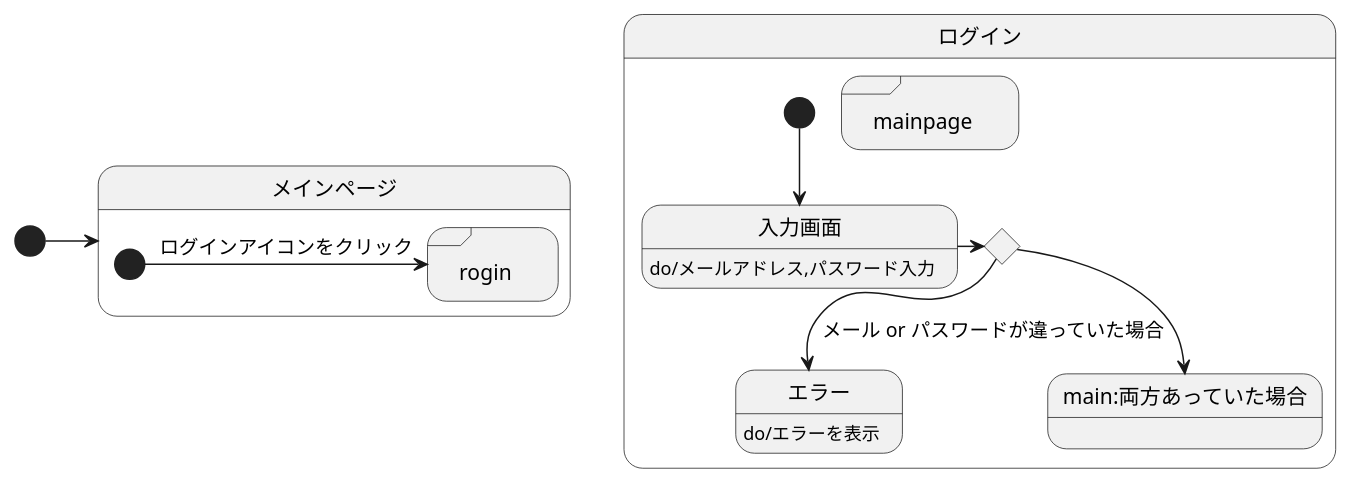
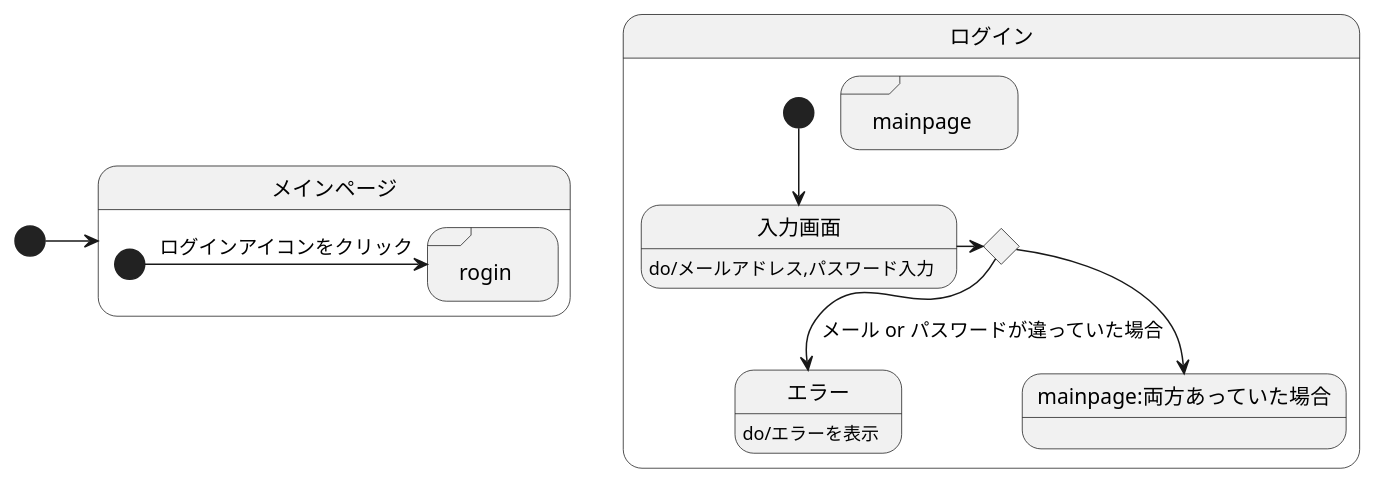
One commit to akutori/T-D-E changed the diagram in UML.md. Above: the diagram before and after it, drawn with PlantUML.

````diff
--- a/UML.md
+++ b/UML.md
@@ -1,22 +1,22 @@
 ```uml
 @startuml
 [*]->メインページ
 state メインページ{
 state "rogin" <<sdlreceive>> 
 state rogin
     [*]-> rogin : ログインアイコンをクリック
 }
 
 
 state ログイン{
 state input <<choice>>
-state "mainpage" as main <<sdlreceive>>
+state "mainpage"<<sdlreceive>>
 入力画面:do/メールアドレス,パスワード入力
 エラー:do/エラーを表示
     [*]--> 入力画面
     入力画面->input
     input-->エラー:メール or パスワードが違っていた場合
-    input-->main:両方あっていた場合
+    input-->mainpage:両方あっていた場合
 }
 @enduml
 ```
````
